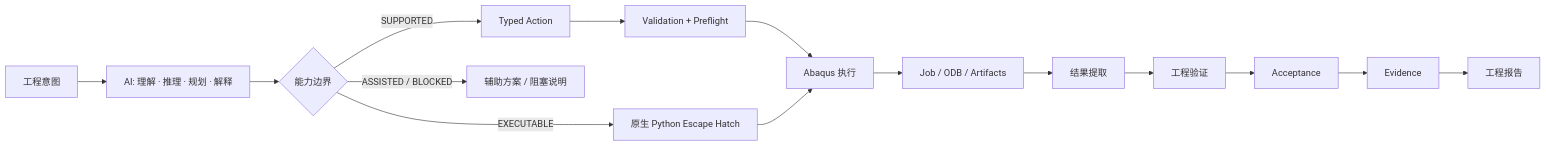
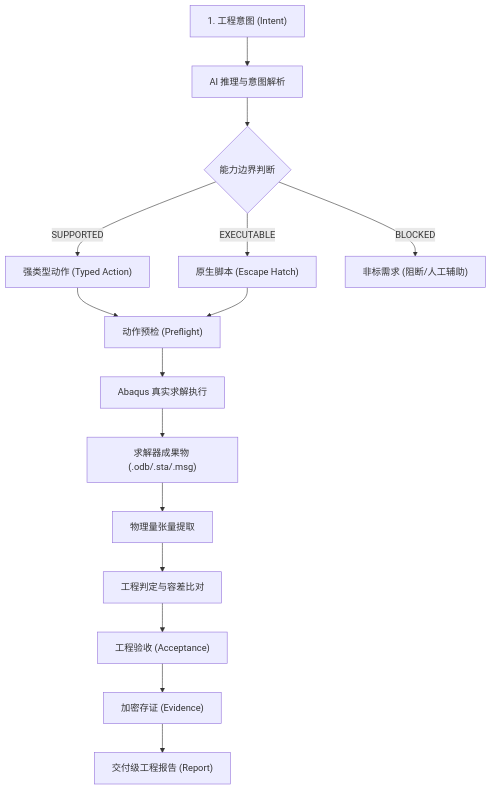
One commit to chenlei-gh/Abaqus-AI-Agent changed the first of 3 diagrams in README_CN.md. Above: the diagram before and after it, drawn with Mermaid. The commit also changed other lines of this file and 5 other files, not shown here.

First line of the commit message:
Optimize diagram rendering for mobile devices

````diff
--- a/README_CN.md
+++ b/README_CN.md
@@ -139,17 +164,17 @@
 ```mermaid
-flowchart LR
-    U["工程意图"] --> AI["AI: 理解 · 推理 · 规划 · 解释"]
-    AI --> B{"能力边界"}
-    B -->|SUPPORTED| A["Typed Action"]
-    B -->|EXECUTABLE| X["原生 Python Escape Hatch"]
-    B -->|ASSISTED / BLOCKED| P["辅助方案 / 阻塞说明"]
-    A --> V["Validation + Preflight"]
-    V --> E["Abaqus 执行"]
-    X --> E
-    E --> O["Job / ODB / Artifacts"]
-    O --> R["结果提取"]
-    R --> Q["工程验证"]
-    Q --> C["Acceptance"]
-    C --> EV["Evidence"]
-    EV --> REP["工程报告"]
+flowchart TD
+    U["1. 工程意图 (Intent)"] --> AI["AI 推理与意图解析"]
+    AI --> B{"能力边界判断"}
+    B -->|SUPPORTED| A["强类型动作 (Typed Action)"]
+    B -->|EXECUTABLE| X["原生脚本 (Escape Hatch)"]
+    B -->|BLOCKED| P["非标需求 (阻断/人工辅助)"]
+    A --> V["动作预检 (Preflight)"]
+    X --> V
+    V --> E["Abaqus 真实求解执行"]
+    E --> O["求解器成果物 (.odb/.sta/.msg)"]
+    O --> R["物理量张量提取"]
+    R --> Q["工程判定与容差比对"]
+    Q --> C["工程验收 (Acceptance)"]
+    C --> EV["加密存证 (Evidence)"]
+    EV --> REP["交付级工程报告 (Report)"]
 ```
````
